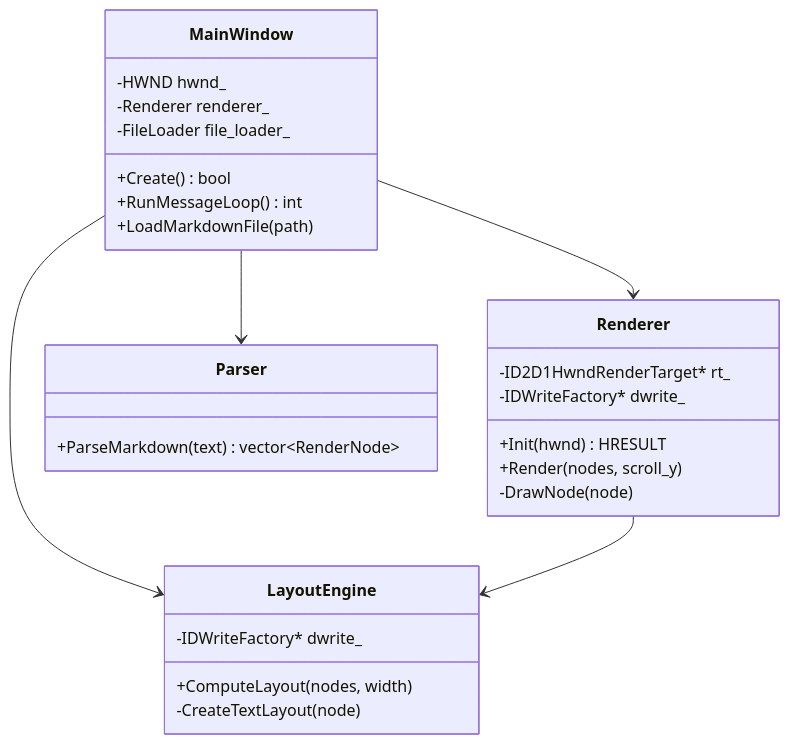
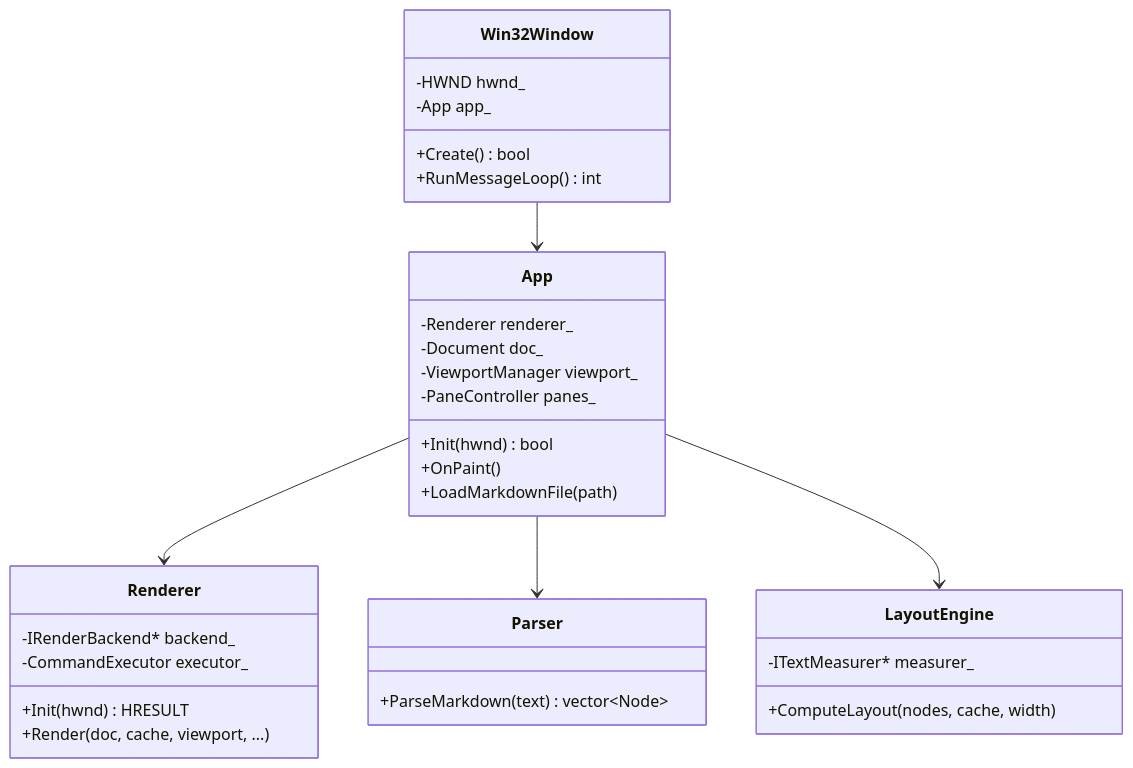
Diagram 25 of 27 in test.md (tanaton/mendo), drawn with Mermaid before and after one commit. The commit also changed other lines of this file, not shown here.

````diff
--- a/test.md
+++ b/test.md
@@ -1419,34 +2029,40 @@
 ```mermaid
 classDiagram
-    class MainWindow {
+    class Win32Window {
         -HWND hwnd_
-        -Renderer renderer_
-        -FileLoader file_loader_
+        -App app_
         +Create() bool
         +RunMessageLoop() int
+    }
+
+    class App {
+        -Renderer renderer_
+        -Document doc_
+        -ViewportManager viewport_
+        -PaneController panes_
+        +Init(hwnd) bool
+        +OnPaint()
         +LoadMarkdownFile(path)
     }
 
     class Renderer {
-        -ID2D1HwndRenderTarget* rt_
-        -IDWriteFactory* dwrite_
+        -IRenderBackend* backend_
+        -CommandExecutor executor_
         +Init(hwnd) HRESULT
-        +Render(nodes, scroll_y)
-        -DrawNode(node)
+        +Render(doc, cache, viewport, ...)
     }
 
     class Parser {
-        +ParseMarkdown(text) vector~RenderNode~
+        +ParseMarkdown(text) vector~Node~
     }
 
     class LayoutEngine {
-        -IDWriteFactory* dwrite_
-        +ComputeLayout(nodes, width)
-        -CreateTextLayout(node)
+        -ITextMeasurer* measurer_
+        +ComputeLayout(nodes, cache, width)
     }
 
-    MainWindow --> Renderer
-    MainWindow --> Parser
-    MainWindow --> LayoutEngine
-    Renderer --> LayoutEngine
+    Win32Window --> App
+    App --> Renderer
+    App --> Parser
+    App --> LayoutEngine
 ```
````
